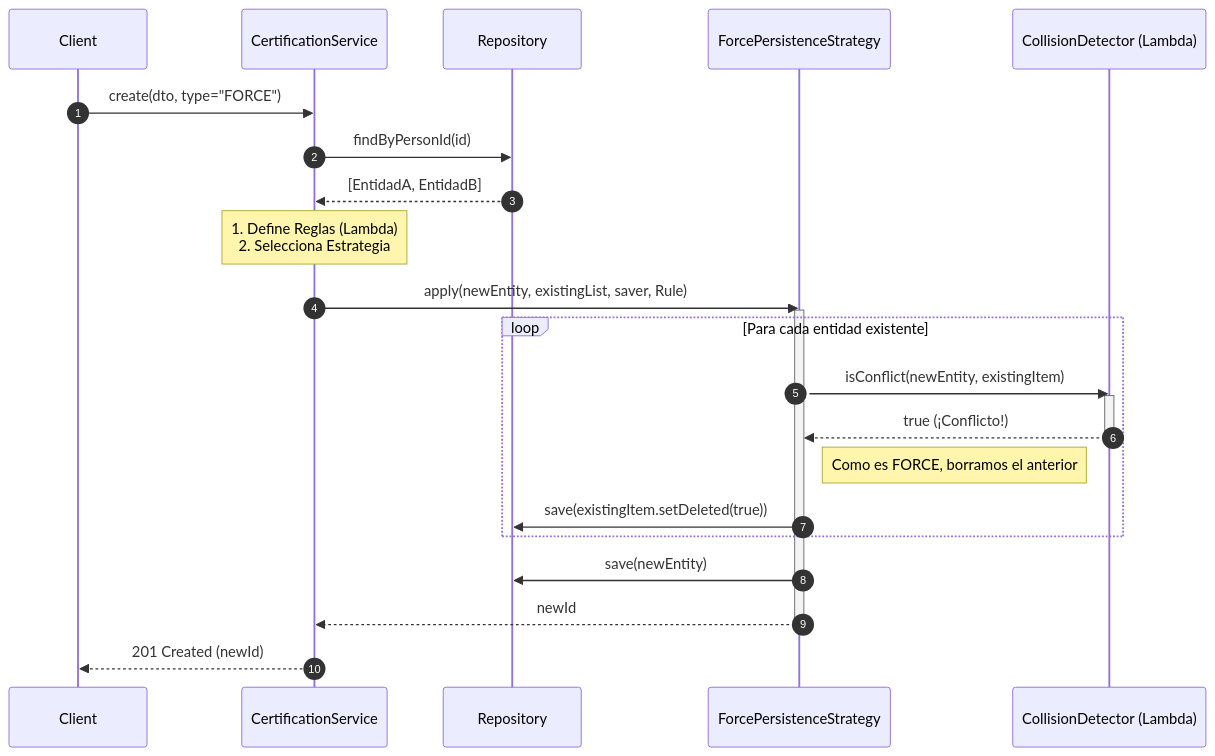
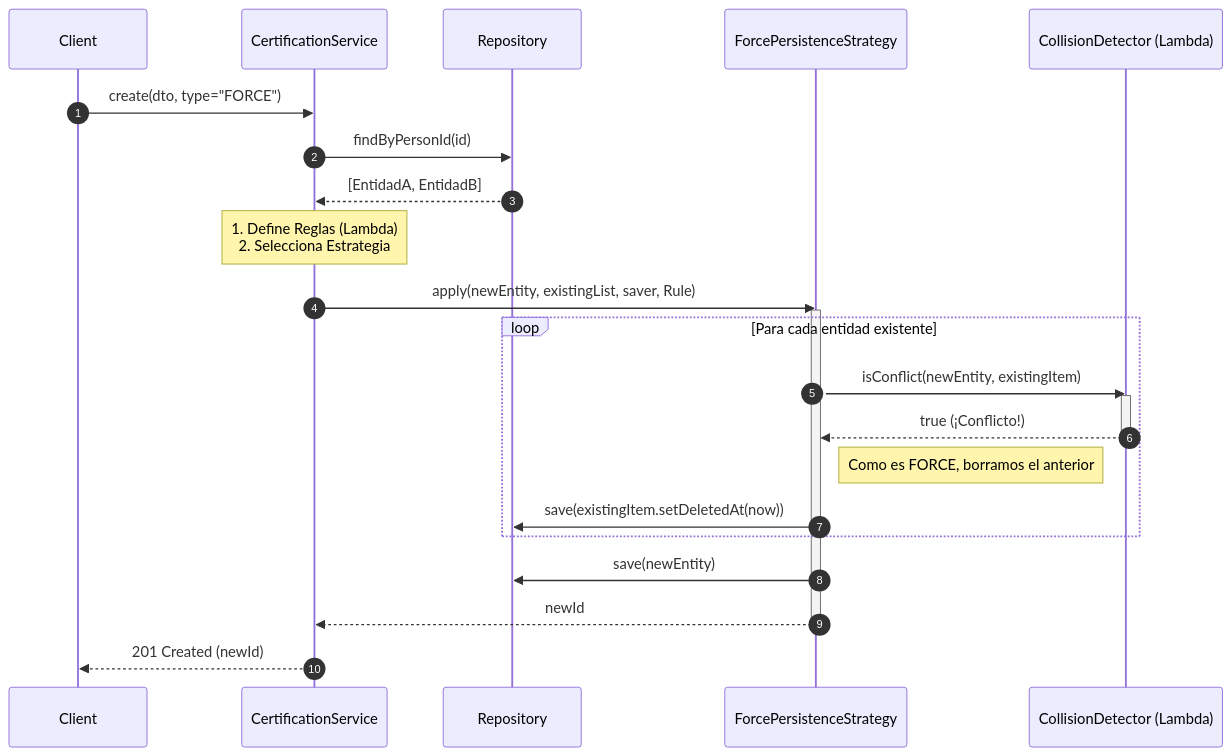
The third of 3 diagrams in research/Propuesta_nueva_estrategia_Force_Default/PROPUESTA_NUEVA_ESTRATEGIA_V2.md (raulburgosbds/documentos_bds), drawn with Mermaid before and after one commit. The commit also changed other lines of this file, not shown here.

Commit message:
fix: delete field replaced by deleted_at fiel

````diff
--- a/research/Propuesta_nueva_estrategia_Force_Default/PROPUESTA_NUEVA_ESTRATEGIA_V2.md
+++ b/research/Propuesta_nueva_estrategia_Force_Default/PROPUESTA_NUEVA_ESTRATEGIA_V2.md
@@ -150,34 +150,34 @@
 ```mermaid
 sequenceDiagram
     autonumber
     participant Client
     participant Service as CertificationService
     participant Repo as Repository
     participant Strat as ForcePersistenceStrategy
     participant Rule as CollisionDetector (Lambda)
 
     Client->>Service: create(dto, type="FORCE")
     Service->>Repo: findByPersonId(id)
     Repo-->>Service: [EntidadA, EntidadB]
     
     Note over Service: 1. Define Reglas (Lambda)<br/>2. Selecciona Estrategia
     
     Service->>Strat: apply(newEntity, existingList, saver, Rule)
     activate Strat
     
     loop Para cada entidad existente
         Strat->>Rule: isConflict(newEntity, existingItem)
         activate Rule
         Rule-->>Strat: true (¡Conflicto!)
         deactivate Rule
         
         Note right of Strat: Como es FORCE, borramos el anterior
-        Strat->>Repo: save(existingItem.setDeleted(true))
+        Strat->>Repo: save(existingItem.setDeletedAt(now))
     end
     
     Strat->>Repo: save(newEntity)
     Strat-->>Service: newId
     deactivate Strat
     
     Service-->>Client: 201 Created (newId)
 ```
````
